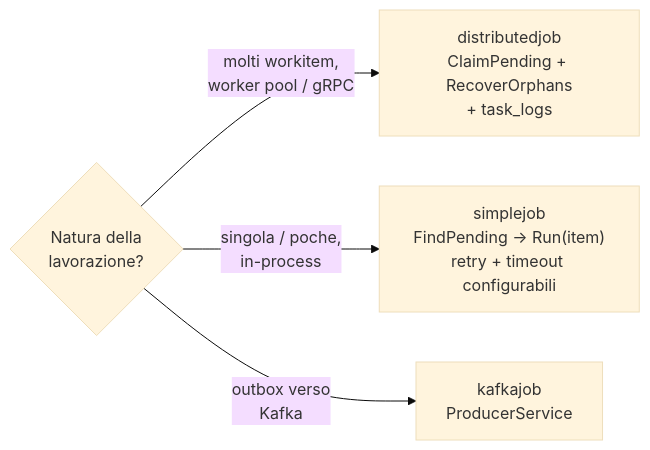
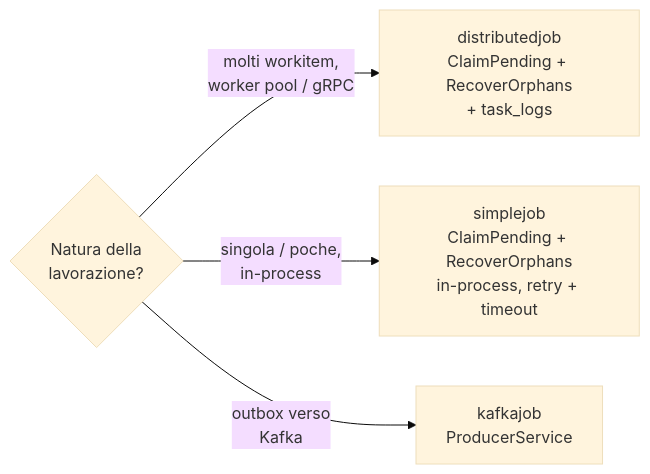
One commit to GPA-Gruppo-Progetti-Avanzati-SRL/go-core-batch changed the first of 3 diagrams in README.md. Above: the diagram before and after it, drawn with Mermaid (base theme). The commit also changed other lines of this file and 3 other files, not shown here.

````diff
--- a/README.md
+++ b/README.md
@@ -19,7 +19,7 @@
 ```mermaid
 flowchart LR
     Q{Natura della\nlavorazione?}
     Q -- "molti workitem,\nworker pool / gRPC" --> DJ["distributedjob\nClaimPending + RecoverOrphans\n+ task_logs"]
-    Q -- "singola / poche,\nin-process" --> SJ["simplejob\nFindPending → Run(item)\nretry + timeout configurabili"]
+    Q -- "singola / poche,\nin-process" --> SJ["simplejob\nClaimPending + RecoverOrphans\nin-process, retry + timeout"]
     Q -- "outbox verso\nKafka" --> KJ["kafkajob\nProducerService"]
 ```
````
